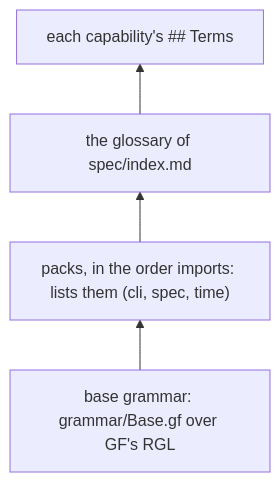
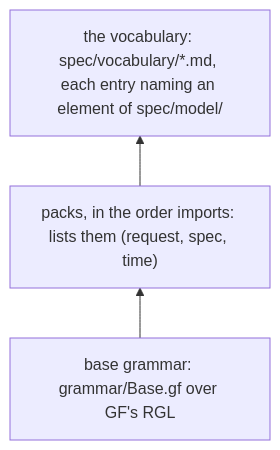
The second of 3 diagrams in docs/how-it-works.md (dstengle/shopsystem-bdd), drawn with Mermaid before and after one commit. The commit also changed other lines of this file and 21 other files, not shown here.

First line of the commit message:
docs: README, index, concepts, how-it-works, getting-started, recipes and the capability file reference in the domain contract's words; new references domain-model.md and adapters.md; docs-labels a model context

````diff
--- a/docs/how-it-works.md
+++ b/docs/how-it-works.md
@@ -62,6 +64,5 @@
 ```mermaid
 flowchart BT
-  B["base grammar: grammar/Base.gf over GF's RGL"] --> P["packs, in the order imports: lists them (cli, spec, time)"]
-  P --> GL["the glossary of spec/index.md"]
-  GL --> T["each capability's ## Terms"]
+  B["base grammar: grammar/Base.gf over GF's RGL"] --> P["packs, in the order imports: lists them (request, spec, time)"]
+  P --> GL["the vocabulary: spec/vocabulary/*.md, each entry naming an element of spec/model/"]
 ```
````
